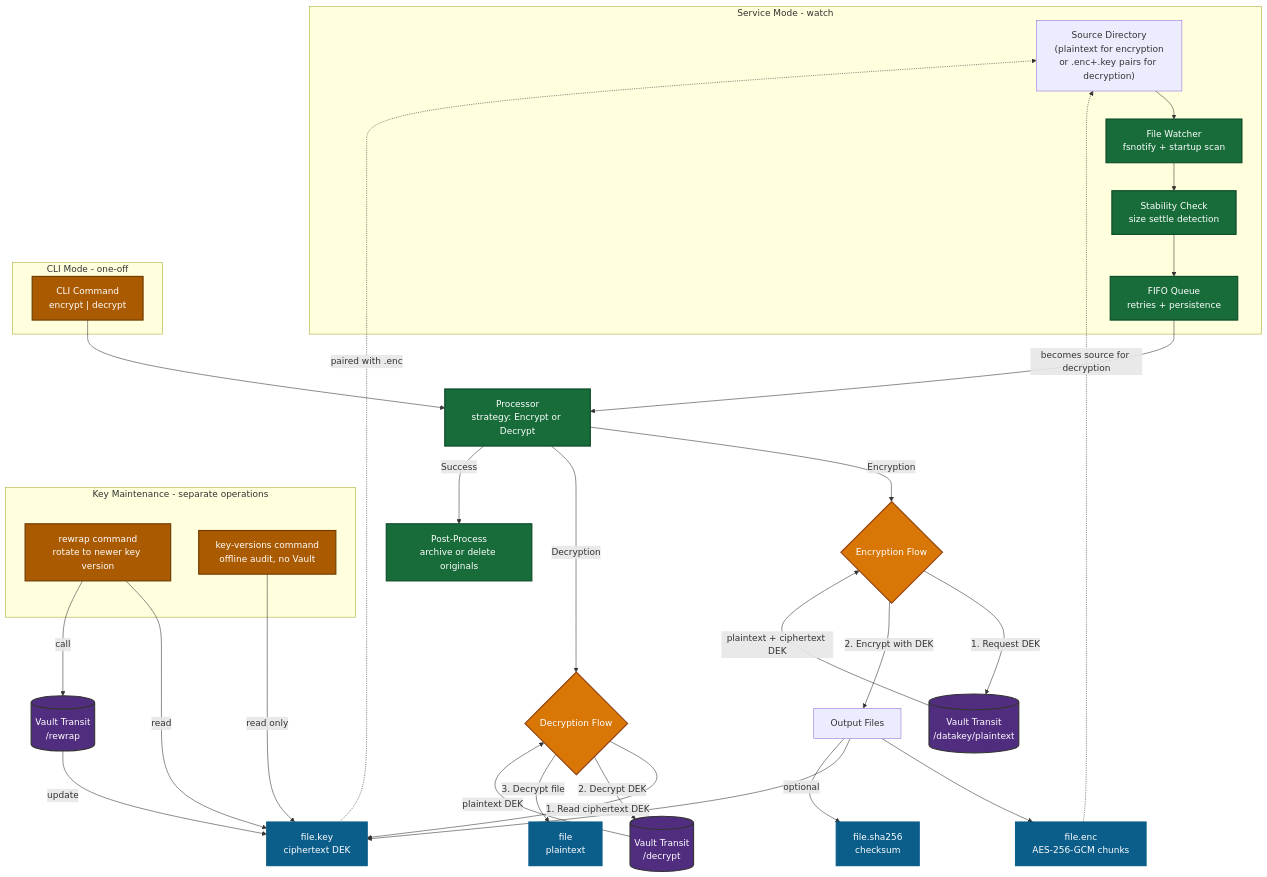
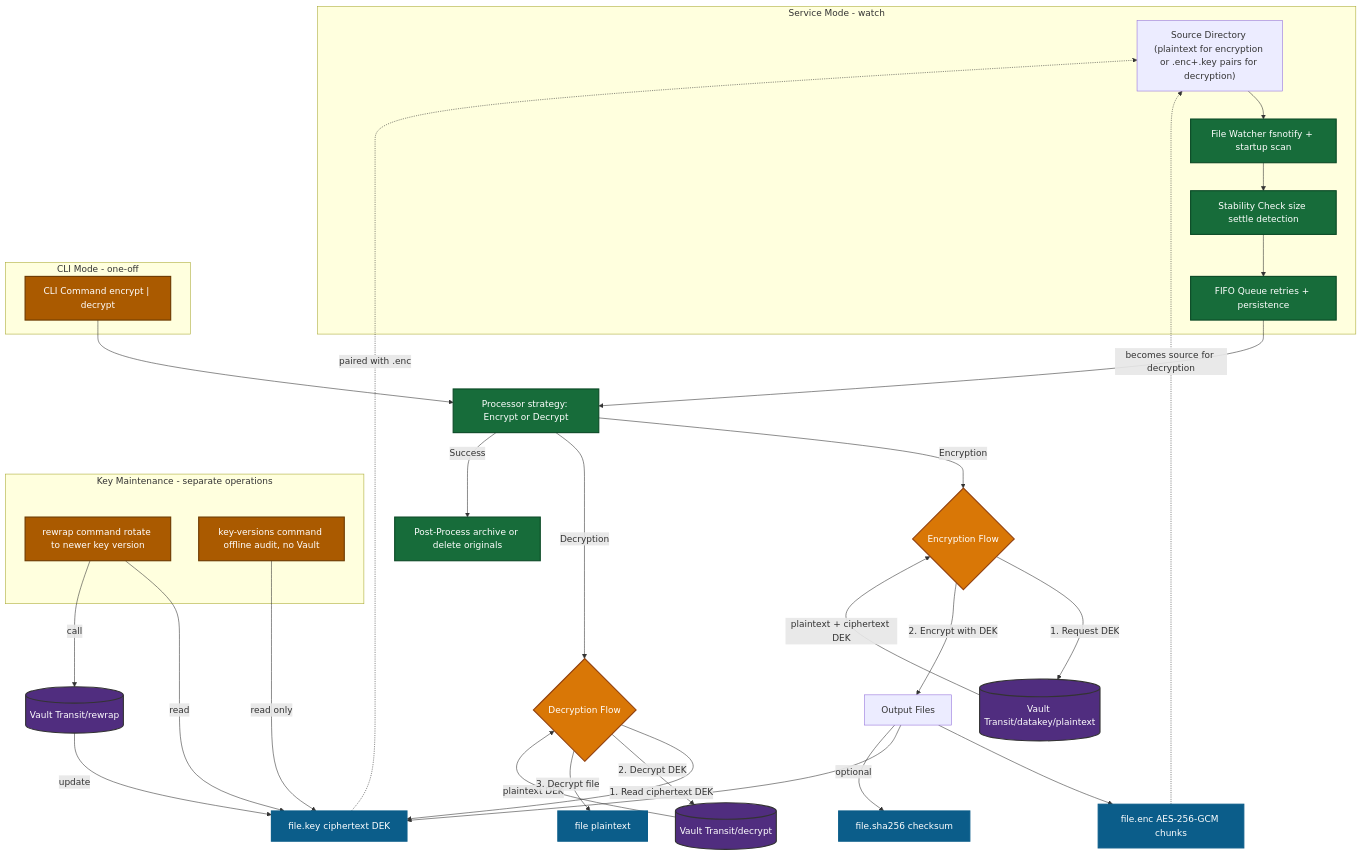
Before and after one commit to gitrgoliveira/vault-file-encryption: the diagram in README.md, drawn with Mermaid. The commit also changed other lines of this file, not shown here.

Commit message:
docs: enhance README with detailed Vault policies and workflow diagrams

````diff
--- a/README.md
+++ b/README.md
@@ -37,63 +37,63 @@
 ```mermaid
 flowchart TB
   subgraph ServiceMode[Service Mode - watch]
-    SRC["Source Directory\n(plaintext for encryption\nor .enc+.key pairs for decryption)"]
-    SRC --> W[File Watcher\nfsnotify + startup scan]
-    W --> D[Stability Check\nsize settle detection]
-    D --> Q[FIFO Queue\nretries + persistence]
+    SRC["Source Directory (plaintext for encryption or .enc+.key pairs for decryption)"]
+    SRC --> W[File Watcher fsnotify + startup scan]
+    W --> D[Stability Check size settle detection]
+    D --> Q[FIFO Queue retries + persistence]
   end
 
   subgraph CLIMode[CLI Mode - one-off]
-    CLI["CLI Command\nencrypt | decrypt"]
+    CLI["CLI Command encrypt | decrypt"]
   end
 
   Q --> PROC
   CLI --> PROC
 
-  PROC[Processor\nstrategy: Encrypt or Decrypt]
+  PROC[Processor strategy: Encrypt or Decrypt]
 
   PROC -->|Encryption| ENC_FLOW{Encryption Flow}
   PROC -->|Decryption| DEC_FLOW{Decryption Flow}
 
-  ENC_FLOW -->|1. Request DEK| V1[(Vault Transit\n/datakey/plaintext)]
+  ENC_FLOW -->|1. Request DEK| V1[(Vault Transit/datakey/plaintext)]
   V1 -->|plaintext + ciphertext DEK| ENC_FLOW
   ENC_FLOW -->|2. Encrypt with DEK| ENC_OUT["Output Files"]
-  ENC_OUT --> ENC_FILE["file.enc\nAES-256-GCM chunks"]
-  ENC_OUT --> KEY_FILE["file.key\nciphertext DEK"]
-  ENC_OUT -->|optional| HASH_FILE["file.sha256\nchecksum"]
+  ENC_OUT --> ENC_FILE["file.enc AES-256-GCM chunks"]
+  ENC_OUT --> KEY_FILE["file.key ciphertext DEK"]
+  ENC_OUT -->|optional| HASH_FILE["file.sha256 checksum"]
 
   DEC_FLOW -->|1. Read ciphertext DEK| KEY_FILE
-  DEC_FLOW -->|2. Decrypt DEK| V2[(Vault Transit\n/decrypt)]
+  DEC_FLOW -->|2. Decrypt DEK| V2[(Vault Transit/decrypt)]
   V2 -->|plaintext DEK| DEC_FLOW
-  DEC_FLOW -->|3. Decrypt file| PLAIN["file\nplaintext"]
+  DEC_FLOW -->|3. Decrypt file| PLAIN["file plaintext"]
 
   ENC_FILE -.->|becomes source for decryption| SRC
   KEY_FILE -.->|paired with .enc| SRC
 
-  PROC -->|Success| CLEANUP[Post-Process\narchive or delete originals]
+  PROC -->|Success| CLEANUP[Post-Process archive or delete originals]
 
   subgraph KeyMaint[Key Maintenance - separate operations]
-    REWRAP[rewrap command\nrotate to newer key version]
-    AUDIT[key-versions command\noffline audit, no Vault]
+    REWRAP[rewrap command rotate to newer key version]
+    AUDIT[key-versions command offline audit, no Vault]
   end
 
   REWRAP -->|read| KEY_FILE
-  REWRAP -->|call| V3[(Vault Transit\n/rewrap)]
+  REWRAP -->|call| V3[(Vault Transit/rewrap)]
   V3 -->|update| KEY_FILE
   AUDIT -->|read only| KEY_FILE
 
   classDef vault fill:#502d7f,stroke:#333,stroke-width:2px,color:#fff;
   class V1,V2,V3 vault;
 
   classDef files fill:#0b5d8a,stroke:#0b5d8a,stroke-width:2px,color:#fff;
   class ENC_FILE,KEY_FILE,HASH_FILE,PLAIN files;
 
   classDef process fill:#176c3a,stroke:#0b4a26,stroke-width:2px,color:#fff;
   class PROC,Q,W,D,CLEANUP process;
 
   classDef decision fill:#d97706,stroke:#92400e,stroke-width:2px,color:#fff;
   class ENC_FLOW,DEC_FLOW decision;
 
   classDef cli fill:#aa5a00,stroke:#6d3a00,stroke-width:2px,color:#fff;
   class CLI,REWRAP,AUDIT cli;
 ```
````
